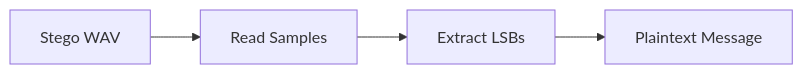
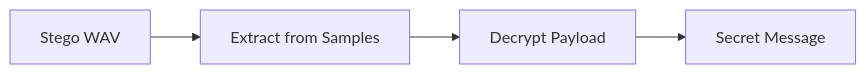
The fifth of 6 diagrams in README.md (vx-ux/stegacrypt), drawn with Mermaid before and after one commit. The commit also changed other lines of this file, not shown here.

Commit message:
docs: finalize README content and flowcharts

````diff
--- a/README.md
+++ b/README.md
@@ -110,6 +82,6 @@
 ```mermaid
 graph LR
-    A[Stego WAV] --> B[Read Samples]
-    B --> C[Extract LSBs]
-    C --> D[Plaintext Message]
+    A[Stego WAV] --> B[Extract from Samples]
+    B --> C[Decrypt Payload]
+    C --> D[Secret Message]
 ```
````
